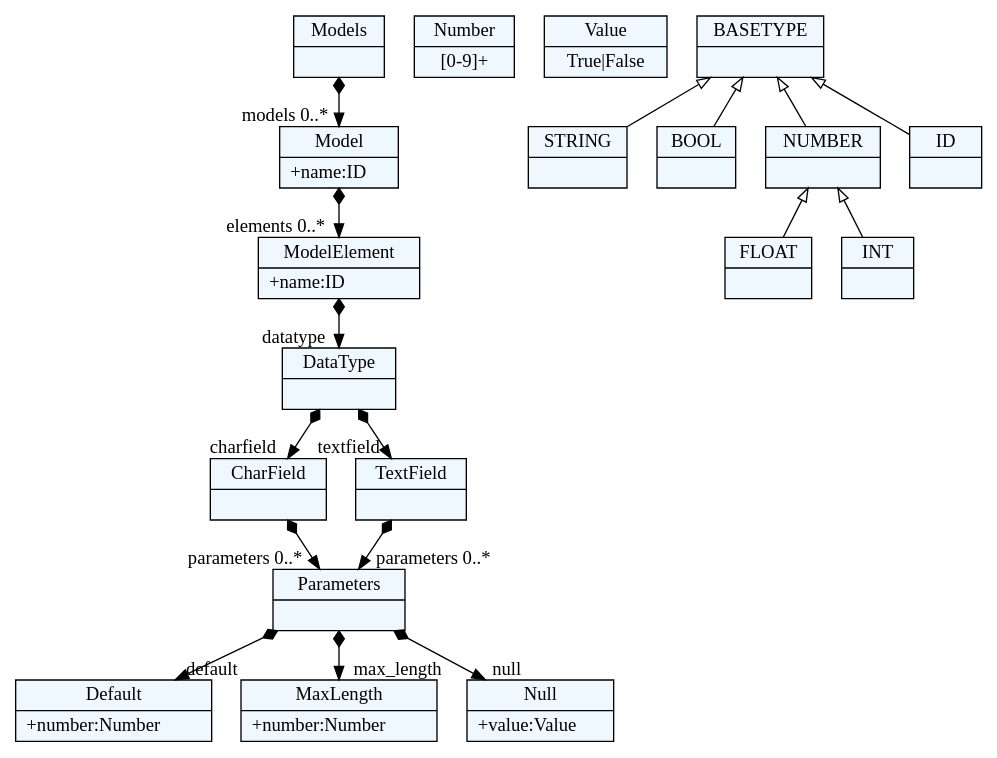
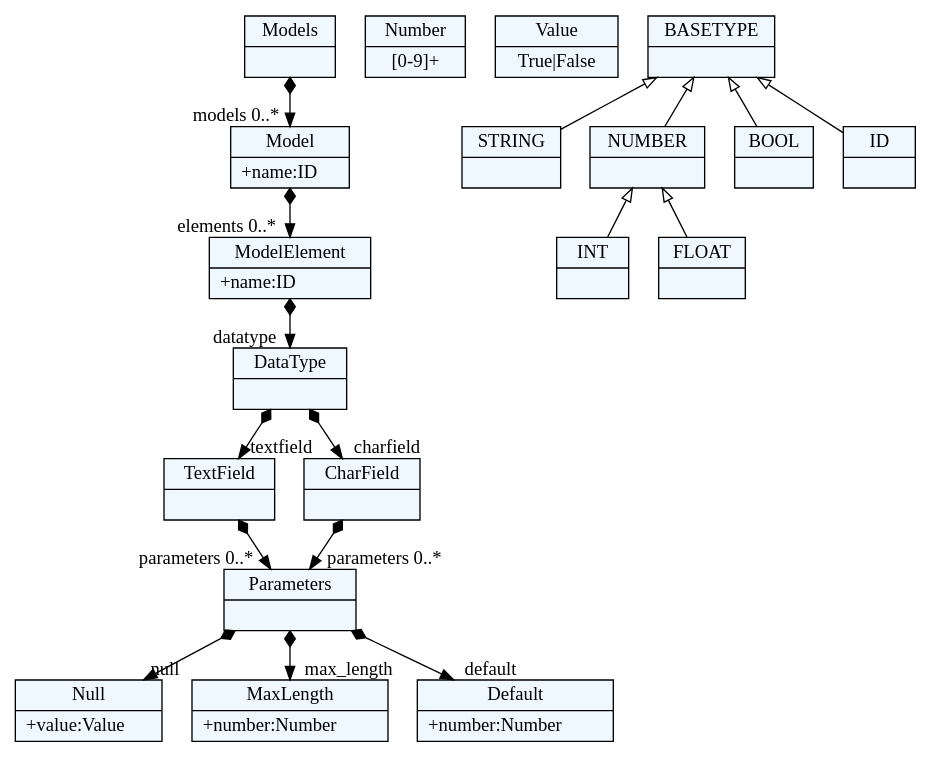
The diagram in grammer.dot (Booorkoo/JSD), drawn with Graphviz before and after one commit. The commit also changed 3 other files, not shown here.

```diff
--- a/grammer.dot
+++ b/grammer.dot
@@ -1,69 +1,69 @@
 
     digraph xtext {
     fontname = "Bitstream Vera Sans"
     fontsize = 8
     node[
         shape=record,
         style=filled,
         fillcolor=aliceblue
     ]
     nodesep = 0.3
     edge[dir=black,arrowtail=empty]
 
 
-2581475806408[ label="{Default|+number:Number\l}"]
+2893404097800[ label="{Null|+value:Value\l}"]
 
-2581475816792 -> 2581475818680[arrowtail=diamond, dir=both, headlabel="parameters 0..*"]
-2581475816792[ label="{CharField|}"]
+2893403247592[ label="{MaxLength|+number:Number\l}"]
 
-2581475809240[ label="{MaxLength|+number:Number\l}"]
+2893403246648[ label="{Default|+number:Number\l}"]
 
-2581475815848 -> 2581475804520[arrowtail=diamond, dir=both, headlabel="datatype "]
-2581475815848[ label="{ModelElement|+name:ID\l}"]
+2893403245704 -> 2893403248536[arrowtail=diamond, dir=both, headlabel="parameters 0..*"]
+2893403245704[ label="{TextField|}"]
 
-2581475807352[ label="{Number|[0-9]+}"]
+2893403248536 -> 2893403247592[arrowtail=diamond, dir=both, headlabel="max_length "]
+2893403248536 -> 2893404097800[arrowtail=diamond, dir=both, headlabel="null "]
+2893403248536 -> 2893403246648[arrowtail=diamond, dir=both, headlabel="default "]
+2893403248536[ label="{Parameters|}"]
 
-2581475824344 -> 2581475814904[arrowtail=diamond, dir=both, headlabel="models 0..*"]
-2581475824344[ label="{Models|}"]
+2893403242872 -> 2893403248536[arrowtail=diamond, dir=both, headlabel="parameters 0..*"]
+2893403242872[ label="{CharField|}"]
 
-2581475808296[ label="{Null|+value:Value\l}"]
+2893403237208 -> 2893403238152[arrowtail=diamond, dir=both, headlabel="models 0..*"]
+2893403237208[ label="{Models|}"]
 
-2581475805464 -> 2581475818680[arrowtail=diamond, dir=both, headlabel="parameters 0..*"]
-2581475805464[ label="{TextField|}"]
+2893403249480[ label="{Number|[0-9]+}"]
 
-2581475804520 -> 2581475816792[arrowtail=diamond, dir=both, headlabel="charfield "]
-2581475804520 -> 2581475805464[arrowtail=diamond, dir=both, headlabel="textfield "]
-2581475804520[ label="{DataType|}"]
+2893403239096 -> 2893403242872[arrowtail=diamond, dir=both, headlabel="charfield "]
+2893403239096 -> 2893403245704[arrowtail=diamond, dir=both, headlabel="textfield "]
+2893403239096[ label="{DataType|}"]
 
-2581475810184[ label="{Value|True\|False}"]
+2893403238152 -> 2893403241928[arrowtail=diamond, dir=both, headlabel="elements 0..*"]
+2893403238152[ label="{Model|+name:ID\l}"]
 
-2581475818680 -> 2581475809240[arrowtail=diamond, dir=both, headlabel="max_length "]
-2581475818680 -> 2581475808296[arrowtail=diamond, dir=both, headlabel="null "]
-2581475818680 -> 2581475806408[arrowtail=diamond, dir=both, headlabel="default "]
-2581475818680[ label="{Parameters|}"]
+2893403241928 -> 2893403239096[arrowtail=diamond, dir=both, headlabel="datatype "]
+2893403241928[ label="{ModelElement|+name:ID\l}"]
 
-2581475814904 -> 2581475815848[arrowtail=diamond, dir=both, headlabel="elements 0..*"]
-2581475814904[ label="{Model|+name:ID\l}"]
+2893404098744[ label="{Value|True\|False}"]
 
-2581475803576[ label="{STRING|}"]
+2893403240040[ label="{INT|}"]
 
-2581475820568[ label="{BOOL|}"]
+2893403230600[ label="{STRING|}"]
 
-2581475813960[ label="{BASETYPE|}"]
-2581475813960 -> 2581475813016 [dir=back]
-2581475813960 -> 2581475820568 [dir=back]
-2581475813960 -> 2581475822456 [dir=back]
-2581475813960 -> 2581475803576 [dir=back]
+2893403223992[ label="{BASETYPE|}"]
+2893403223992 -> 2893403224936 [dir=back]
+2893403223992 -> 2893403235320 [dir=back]
+2893403223992 -> 2893403225880 [dir=back]
+2893403223992 -> 2893403230600 [dir=back]
 
-2581475812072[ label="{FLOAT|}"]
+2893403224936[ label="{NUMBER|}"]
+2893403224936 -> 2893403223048 [dir=back]
+2893403224936 -> 2893403240040 [dir=back]
 
-2581475822456[ label="{ID|}"]
+2893403223048[ label="{FLOAT|}"]
 
-2581475823400[ label="{INT|}"]
+2893403225880[ label="{ID|}"]
 
-2581475813016[ label="{NUMBER|}"]
-2581475813016 -> 2581475812072 [dir=back]
-2581475813016 -> 2581475823400 [dir=back]
+2893403235320[ label="{BOOL|}"]
 
 
 }
```
